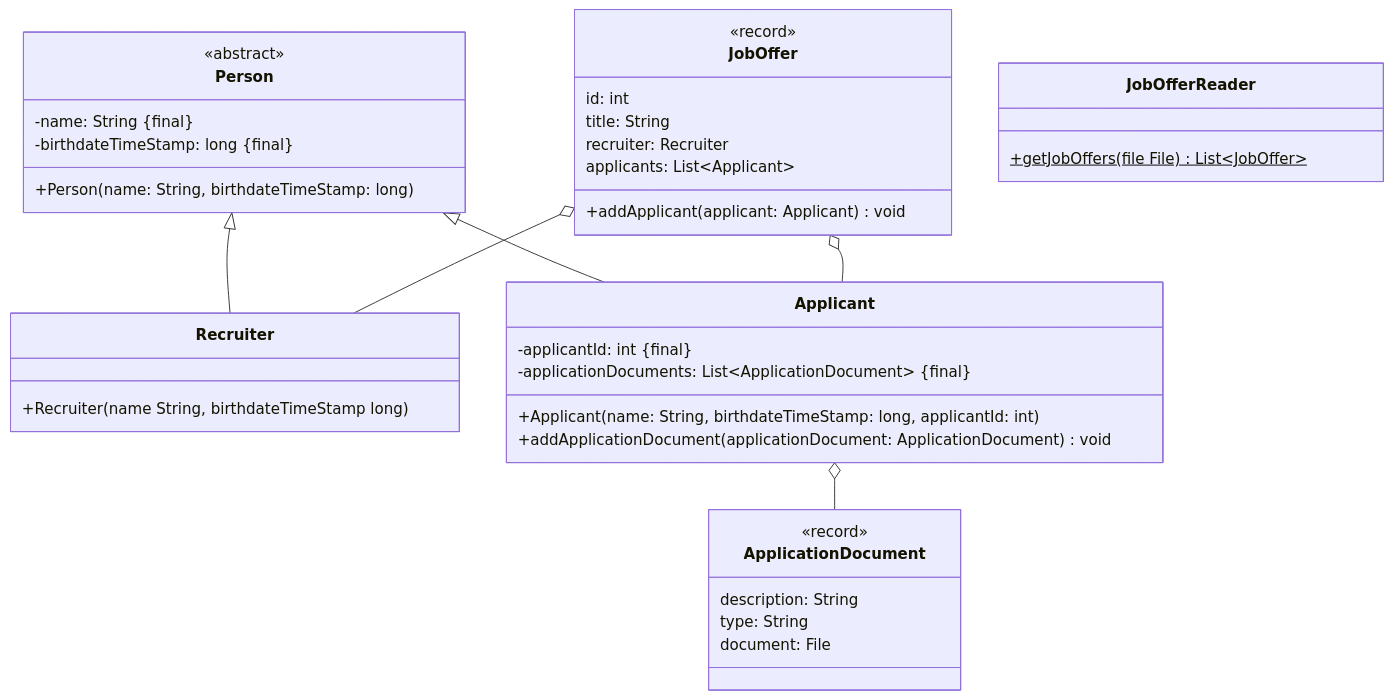
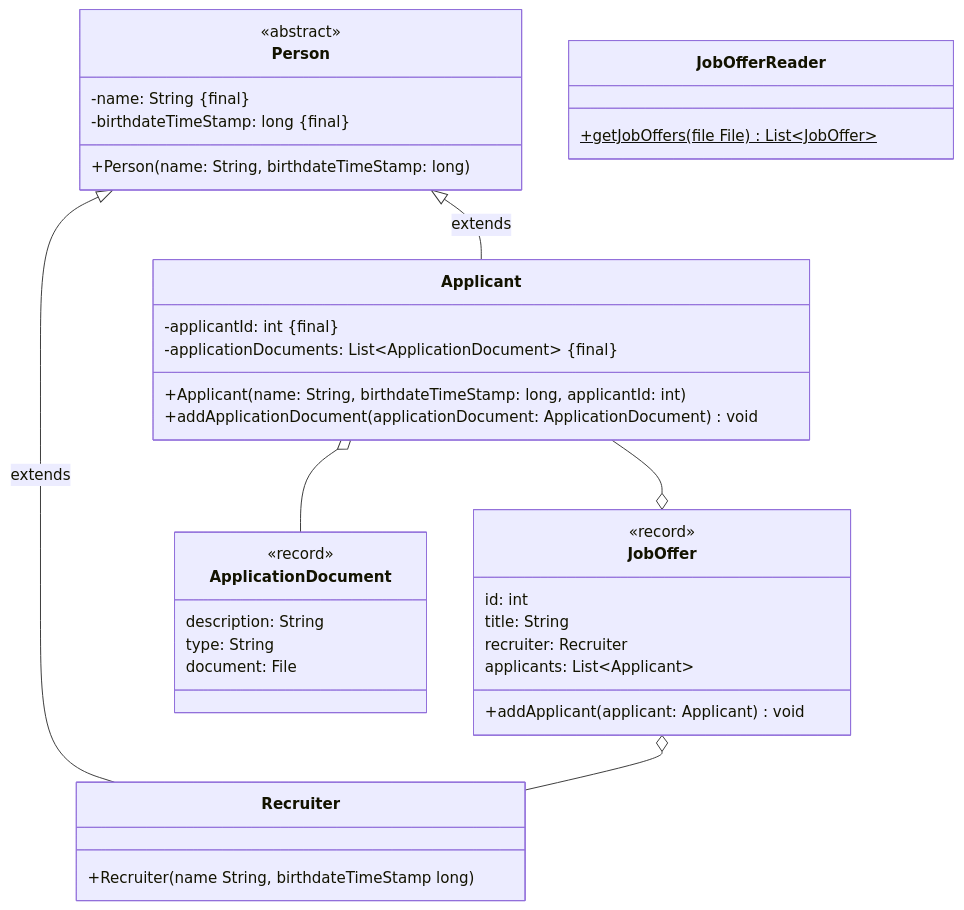
The diagram in docs/exam-exercises/exam-exercises-java2/job-offer.md (jappuccini/java-docs), drawn with Mermaid before and after one commit. The commit also changed 36 other files, not shown here.

````diff
--- a/docs/exam-exercises/exam-exercises-java2/job-offer.md
+++ b/docs/exam-exercises/exam-exercises-java2/job-offer.md
@@ -12,46 +12,46 @@
 ```mermaid
 classDiagram
-    Person <|-- Recruiter
-    Person <|-- Applicant
+    Person <|-- Recruiter : extends
+    Person <|-- Applicant : extends
     JobOffer o-- Recruiter
-    JobOffer o-- Applicant
+    Applicant --o JobOffer
     Applicant o-- ApplicationDocument
 
     class JobOffer {
         <<record>>
         id: int
         title: String
         recruiter: Recruiter
         applicants: List~Applicant~
         +addApplicant(applicant: Applicant) void
     }
 
     class Person {
         <<abstract>>
         -name: String &#123final&#125
         -birthdateTimeStamp: long &#123final&#125
         +Person(name: String, birthdateTimeStamp: long)
     }
 
     class Applicant {
         -applicantId: int &#123final&#125
         -applicationDocuments: List~ApplicationDocument~ &#123final&#125
         +Applicant(name: String, birthdateTimeStamp: long, applicantId: int)
         +addApplicationDocument(applicationDocument: ApplicationDocument) void
     }
 
     class Recruiter {
         +Recruiter(name String, birthdateTimeStamp long)
     }
 
     class ApplicationDocument {
         <<record>>
         description: String
         type: String
         document: File
     }
 
     class JobOfferReader {
         +getJobOffers(file File)$ List~JobOffer~
     }
 ```
````
